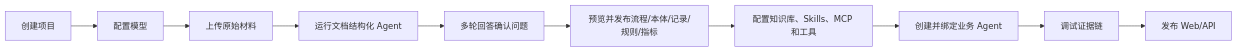
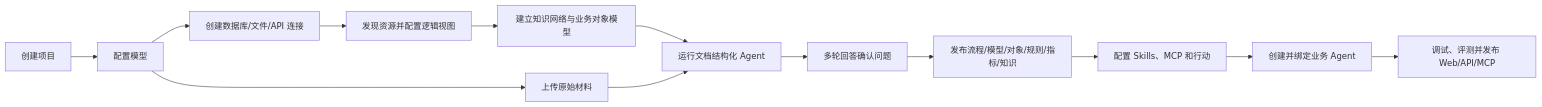
Before and after one commit to tianqi0514/aidp: the diagram in docs/USER_GUIDE.md, drawn with Mermaid. The commit also changed other lines of this file and 3 other files, not shown here.

````diff
--- a/docs/USER_GUIDE.md
+++ b/docs/USER_GUIDE.md
@@ -17,12 +17,15 @@
 ```mermaid
 flowchart LR
     A["创建项目"] --> B["配置模型"]
-    B --> C["上传原始材料"]
-    C --> D["运行文档结构化 Agent"]
-    D --> E["多轮回答确认问题"]
-    E --> F["预览并发布流程/本体/记录/规则/指标"]
-    F --> G["配置知识库、Skills、MCP 和工具"]
-    G --> H["创建并绑定业务 Agent"]
-    H --> I["调试证据链"]
-    I --> J["发布 Web/API"]
+    B --> C["创建数据库/文件/API 连接"]
+    C --> D["发现资源并配置逻辑视图"]
+    D --> E["建立知识网络与业务对象模型"]
+    B --> F["上传原始材料"]
+    E --> G["运行文档结构化 Agent"]
+    F --> G
+    G --> H["多轮回答确认问题"]
+    H --> I["发布流程/模型/对象/规则/指标/知识"]
+    I --> J["配置 Skills、MCP 和行动"]
+    J --> K["创建并绑定业务 Agent"]
+    K --> L["调试、评测并发布 Web/API/MCP"]
 ```
````
